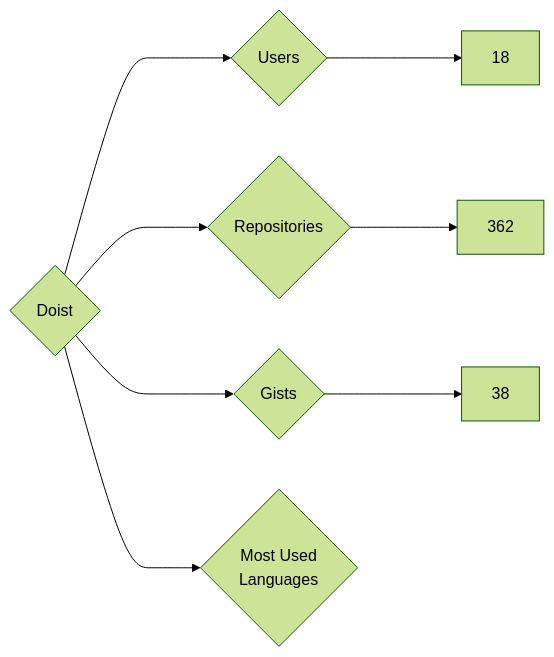
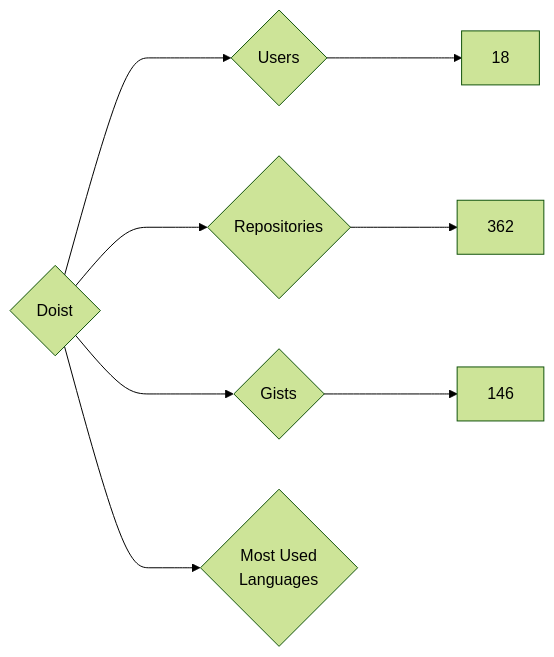
One commit to nenadzaric/insiders changed the diagram in targets/Doist/README.md. Above: the diagram before and after it, drawn with Mermaid (forest theme). The commit also changed 1342 other files, not shown here.

````diff
--- a/targets/Doist/README.md
+++ b/targets/Doist/README.md
@@ -3,8 +3,8 @@
 ```mermaid
 graph LR
 COMPANY_NAME{Doist}
 COMPANY_NAME ---> U{Users} ---> UN[18]
 COMPANY_NAME ---> R{Repositories} ---> RN[362]
-COMPANY_NAME ---> G{Gists} ---> GN[38]
+COMPANY_NAME ---> G{Gists} ---> GN[146]
 COMPANY_NAME ---> ML{Most Used<br>Languages}
 ```
````
